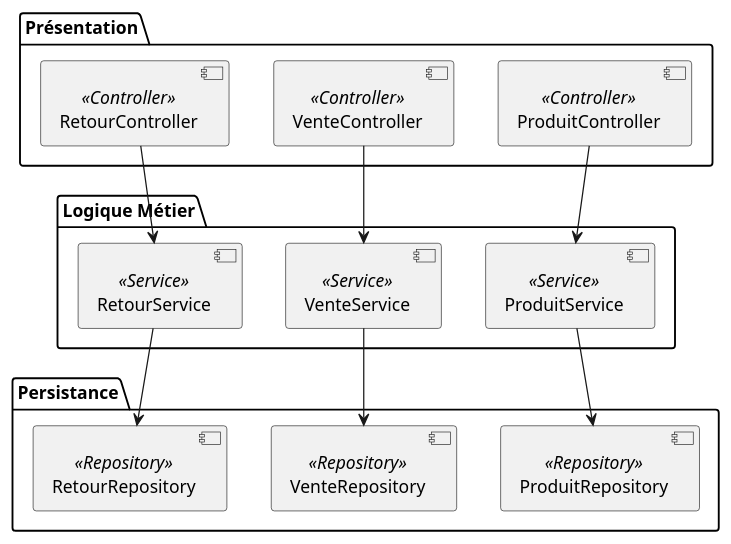
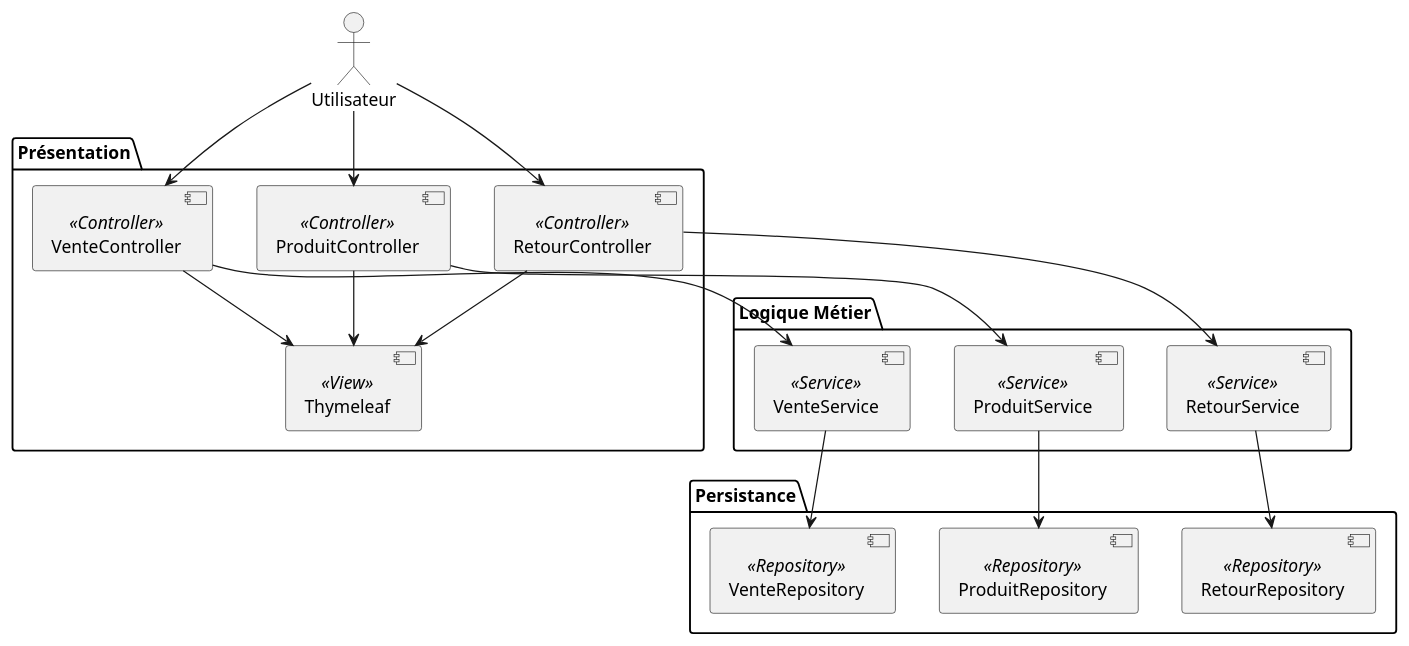
Before and after one commit to Anass1707/LOG430-labos: the diagram in docs/UML/diagrammeComposants.puml, drawn with PlantUML. The commit also changed 8 other files, not shown here.

Commit message:
maj de la doc (diagramme de composants, deploiement et de classe)

```diff
--- a/docs/UML/diagrammeComposants.puml
+++ b/docs/UML/diagrammeComposants.puml
@@ -1,28 +1,39 @@
 @startuml
+actor Utilisateur
+
 package "Présentation" {
   [ProduitController] <<Controller>>
   [VenteController] <<Controller>>
   [RetourController] <<Controller>>
+  [Thymeleaf] <<View>>
 }
 
 package "Logique Métier" {
   [ProduitService] <<Service>>
   [VenteService] <<Service>>
   [RetourService] <<Service>>
 }
 
 package "Persistance" {
   [ProduitRepository] <<Repository>>
   [VenteRepository] <<Repository>>
   [RetourRepository] <<Repository>>
 }
 
-' Relations entre packages/modules
+Utilisateur --> [ProduitController]
+Utilisateur --> [VenteController]
+Utilisateur --> [RetourController]
+
+[ProduitController] --> [Thymeleaf]
+[VenteController] --> [Thymeleaf]
+[RetourController] --> [Thymeleaf]
+
 [ProduitController] --> [ProduitService]
 [VenteController] --> [VenteService]
 [RetourController] --> [RetourService]
 
 [ProduitService] --> [ProduitRepository]
 [VenteService] --> [VenteRepository]
 [RetourService] --> [RetourRepository]
+
 @enduml
```
